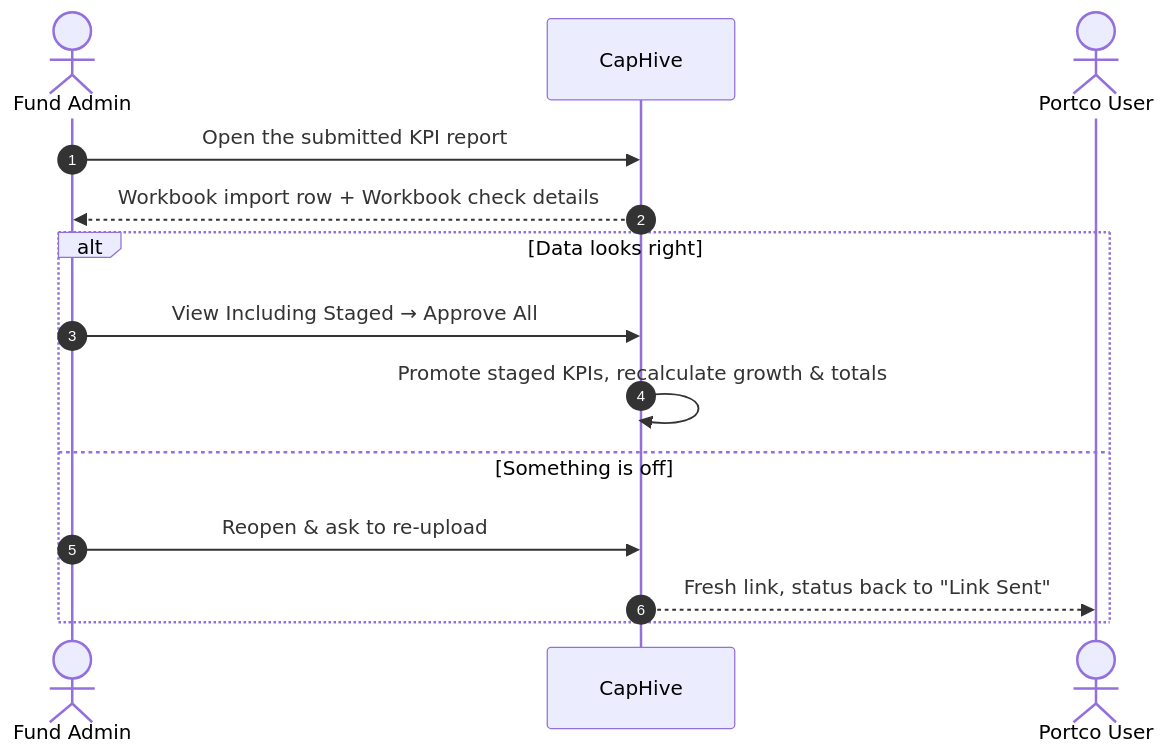
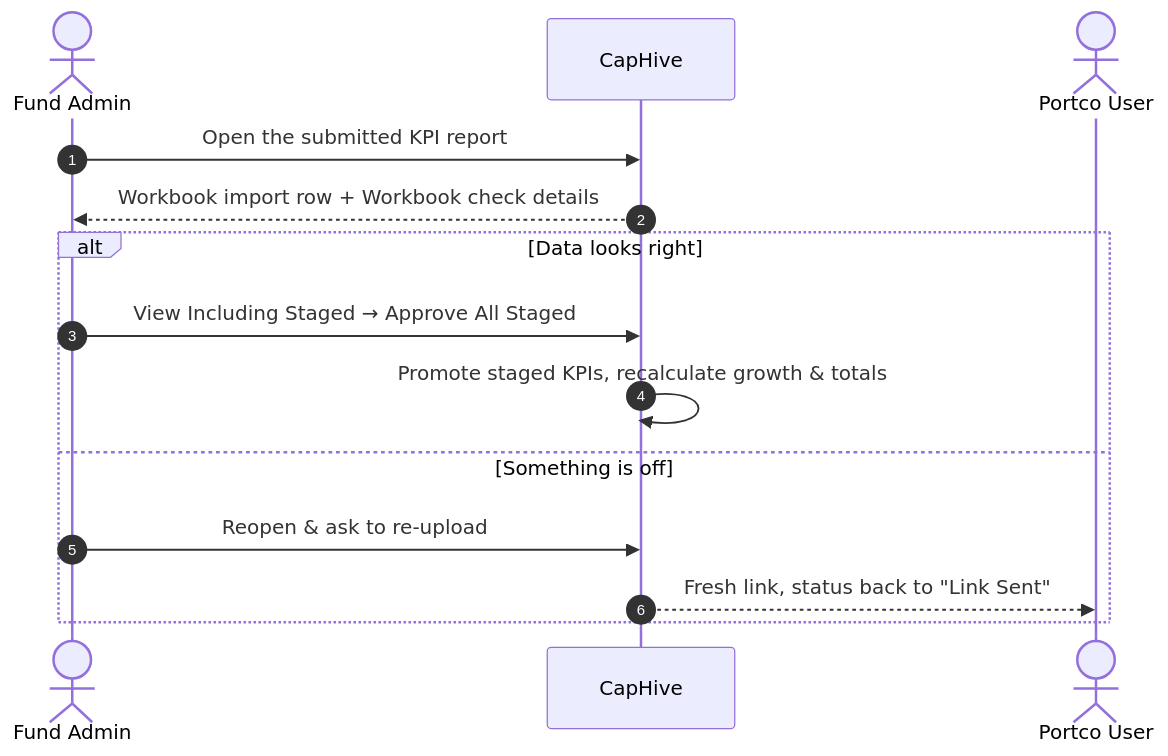
The third of 5 diagrams in docs/user_guides/kpi_upload_user_guide.md (sampadadiwan/IRM_CompanyMain), drawn with Mermaid before and after one commit. The commit also changed other lines of this file and 135 other files, not shown here.

````diff
--- a/docs/user_guides/kpi_upload_user_guide.md
+++ b/docs/user_guides/kpi_upload_user_guide.md
@@ -138,17 +140,17 @@
 ```mermaid
 sequenceDiagram
     autonumber
     actor Admin as Fund Admin
     participant System as CapHive
     actor Portco as Portco User
 
     Admin->>System: Open the submitted KPI report
     System-->>Admin: Workbook import row + Workbook check details
     alt Data looks right
-        Admin->>System: View Including Staged → Approve All
+        Admin->>System: View Including Staged → Approve All Staged
         System->>System: Promote staged KPIs, recalculate growth & totals
     else Something is off
         Admin->>System: Reopen & ask to re-upload
         System-->>Portco: Fresh link, status back to "Link Sent"
     end
 ```
````
